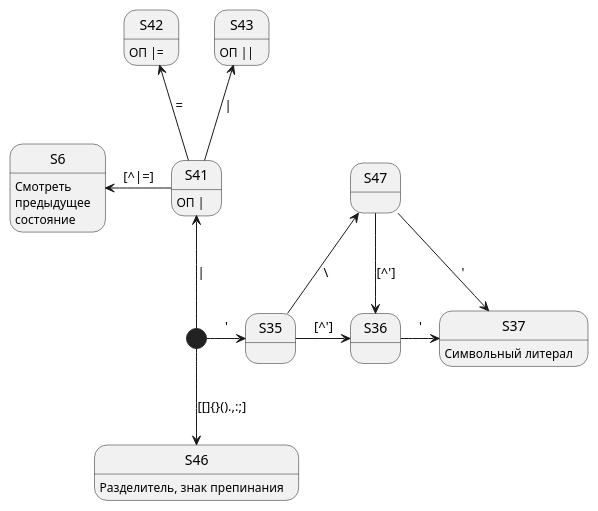
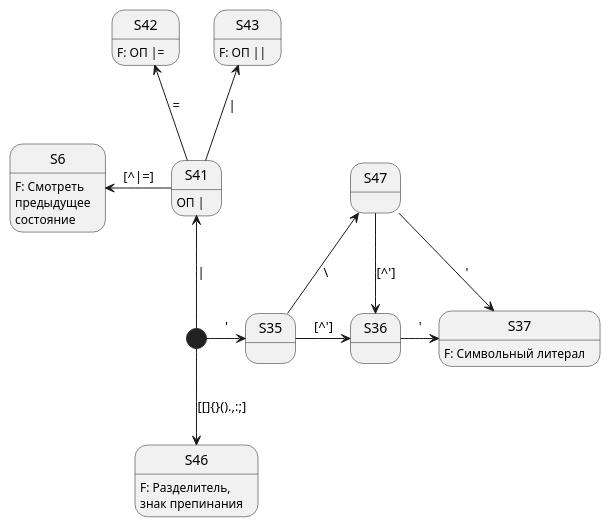
One commit to vladimirlll/CSharpLexicalAnalyzer changed the diagram in Диаграмма состояния для ЛА/sd6.puml. Above: the diagram before and after it, drawn with PlantUML. The commit also changed 16 other files, not shown here.

```diff
--- a/Диаграмма состояния для ЛА/sd6.puml
+++ b/Диаграмма состояния для ЛА/sd6.puml
@@ -1,25 +1,25 @@
 @startuml "sd6"
 
 [*] -right-> S35 : '
 S35 -up-> S47 : \\
 S35 -right-> S36 : [^']
 S36 -right-> S37 : '
-S37 : Символьный литерал
+S37 : F: Символьный литерал
 
 [*] -up-> S41 : |
 S41 -up-> S43 : |
 S41 -up-> S42 : =
-S42 : ОП |=
-S43 : ОП ||
+S42 : F: ОП |=
+S43 : F: ОП ||
 S41 : ОП |
 S41 -left-> S6 : [^|=]
 
 [*] --> S46 : [[]{}().,:;]
-S46 : Разделитель, знак препинания
+S46 : F: Разделитель,\nзнак препинания
 
 S47 -down-> S36 : [^']
 S47 -down-> S37 : '
 
-S6 : Смотреть\nпредыдущее\nсостояние
+S6 : F: Смотреть\nпредыдущее\nсостояние
 
 @enduml
```
